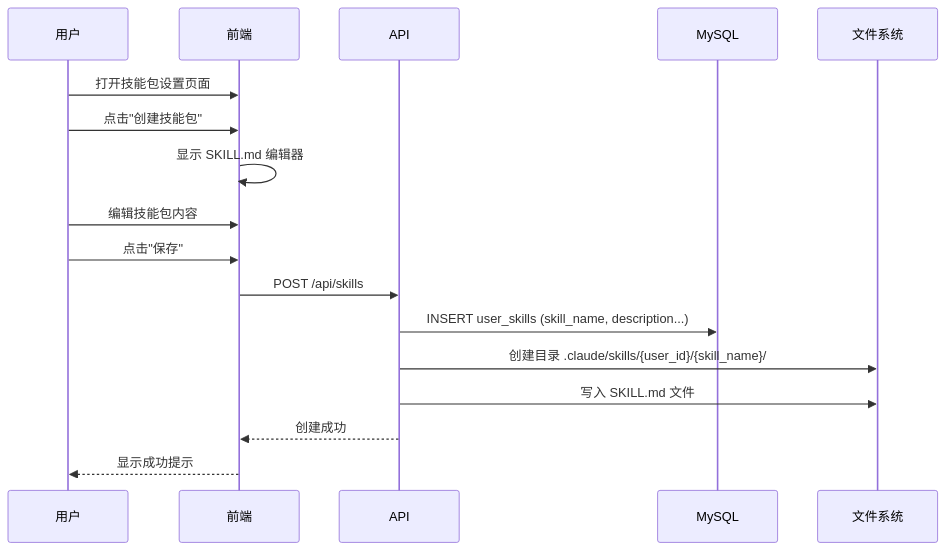
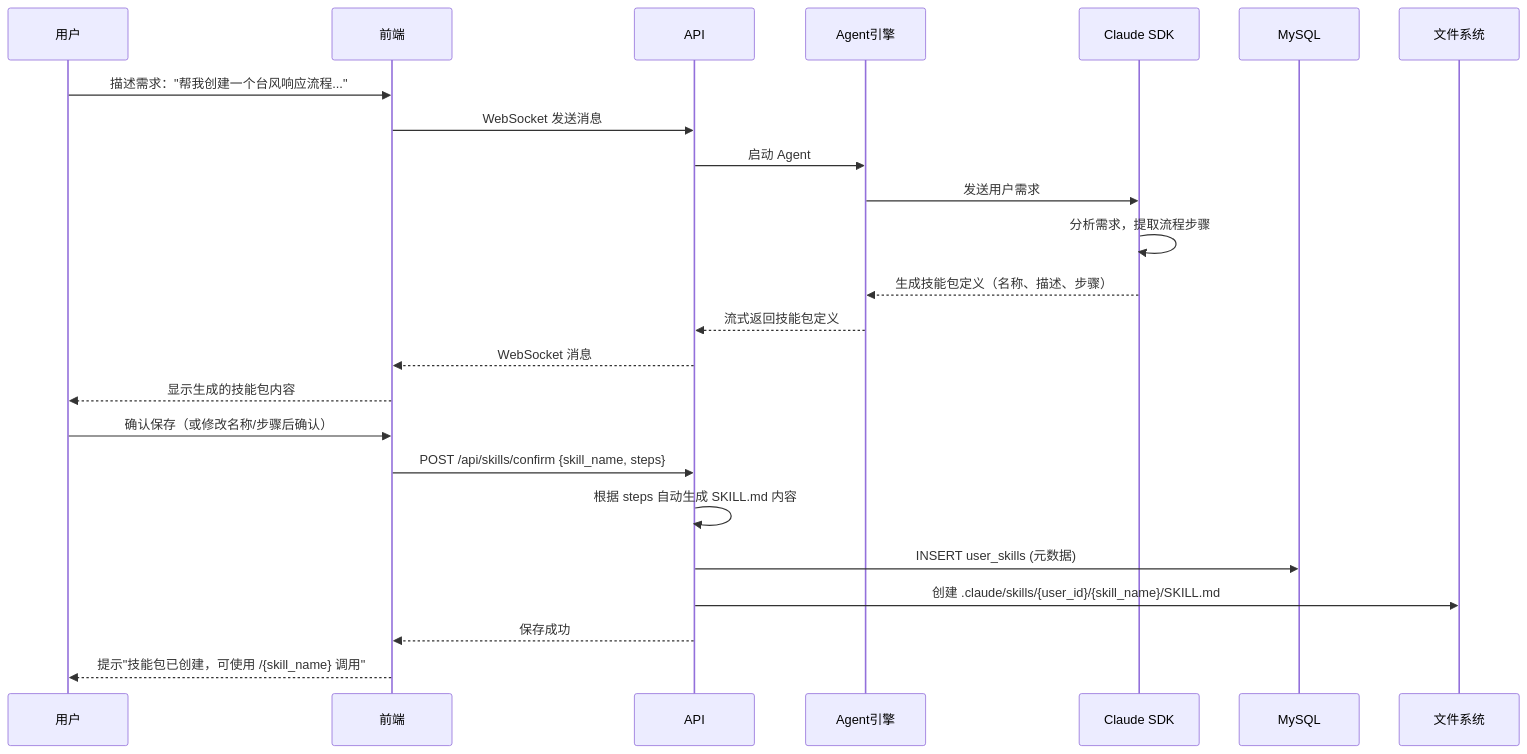
Before and after one commit to xiaocaipi/mm-doc: diagram 13 of 13 in agent/agent_project_design.md, drawn with Mermaid. The commit also changed other lines of this file, not shown here.

````diff
--- a/agent/agent_project_design.md
+++ b/agent/agent_project_design.md
@@ -1388,24 +1475,32 @@
 ```mermaid
 sequenceDiagram
     participant User as 用户
     participant Frontend as 前端
     participant API as API
+    participant Agent as Agent引擎
+    participant SDK as Claude SDK
     participant DB as MySQL
     participant FS as 文件系统
 
-    User->>Frontend: 打开技能包设置页面
-    User->>Frontend: 点击"创建技能包"
+    User->>Frontend: 描述需求："帮我创建一个台风响应流程..."
+    Frontend->>API: WebSocket 发送消息
+    API->>Agent: 启动 Agent
+    Agent->>SDK: 发送用户需求
     
-    Frontend->>Frontend: 显示 SKILL.md 编辑器
+    SDK->>SDK: 分析需求，提取流程步骤
+    SDK-->>Agent: 生成技能包定义（名称、描述、步骤）
     
-    User->>Frontend: 编辑技能包内容
-    User->>Frontend: 点击"保存"
+    Agent-->>API: 流式返回技能包定义
+    API-->>Frontend: WebSocket 消息
+    Frontend-->>User: 显示生成的技能包内容
     
-    Frontend->>API: POST /api/skills
-    API->>DB: INSERT user_skills (skill_name, description...)
-    API->>FS: 创建目录 .claude/skills/{user_id}/{skill_name}/
-    API->>FS: 写入 SKILL.md 文件
+    User->>Frontend: 确认保存（或修改名称/步骤后确认）
+    Frontend->>API: POST /api/skills/confirm {skill_name, steps}
     
-    API-->>Frontend: 创建成功
-    Frontend-->>User: 显示成功提示
+    API->>API: 根据 steps 自动生成 SKILL.md 内容
+    API->>DB: INSERT user_skills (元数据)
+    API->>FS: 创建 .claude/skills/{user_id}/{skill_name}/SKILL.md
+    
+    API-->>Frontend: 保存成功
+    Frontend-->>User: 提示"技能包已创建，可使用 /{skill_name} 调用"
 ```
````
